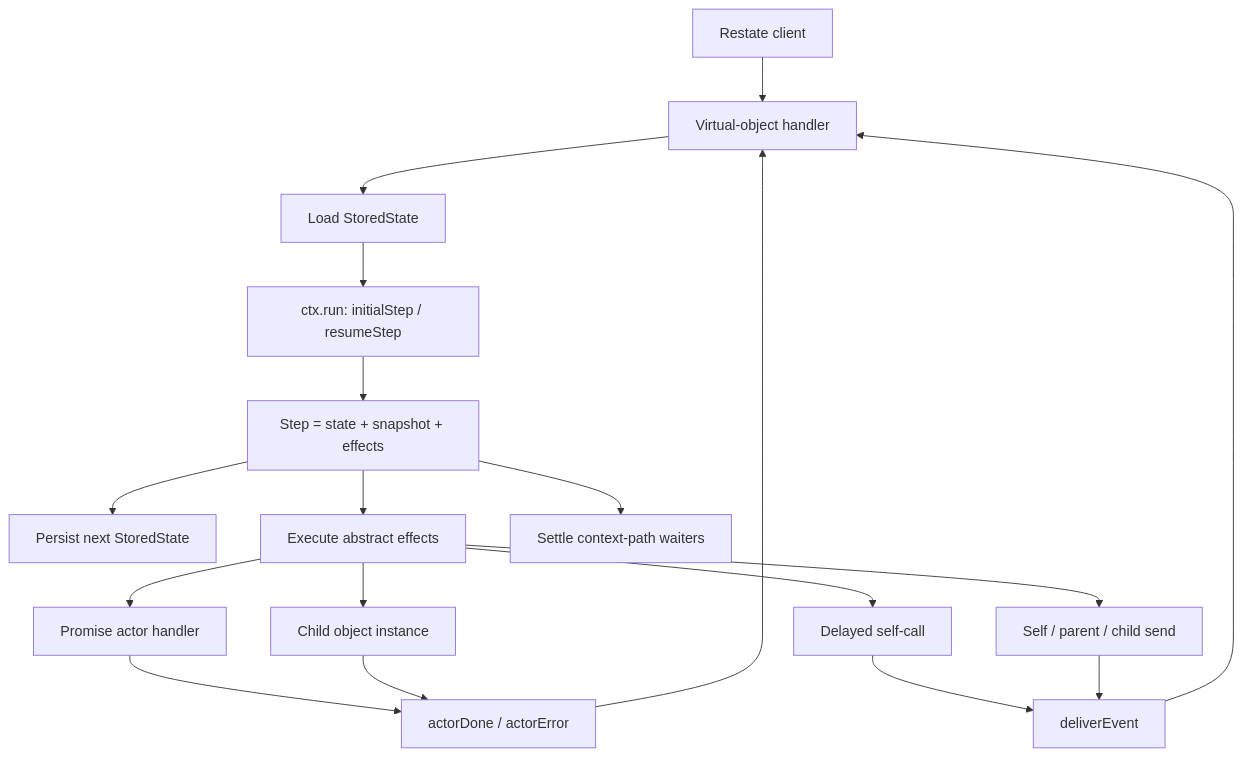
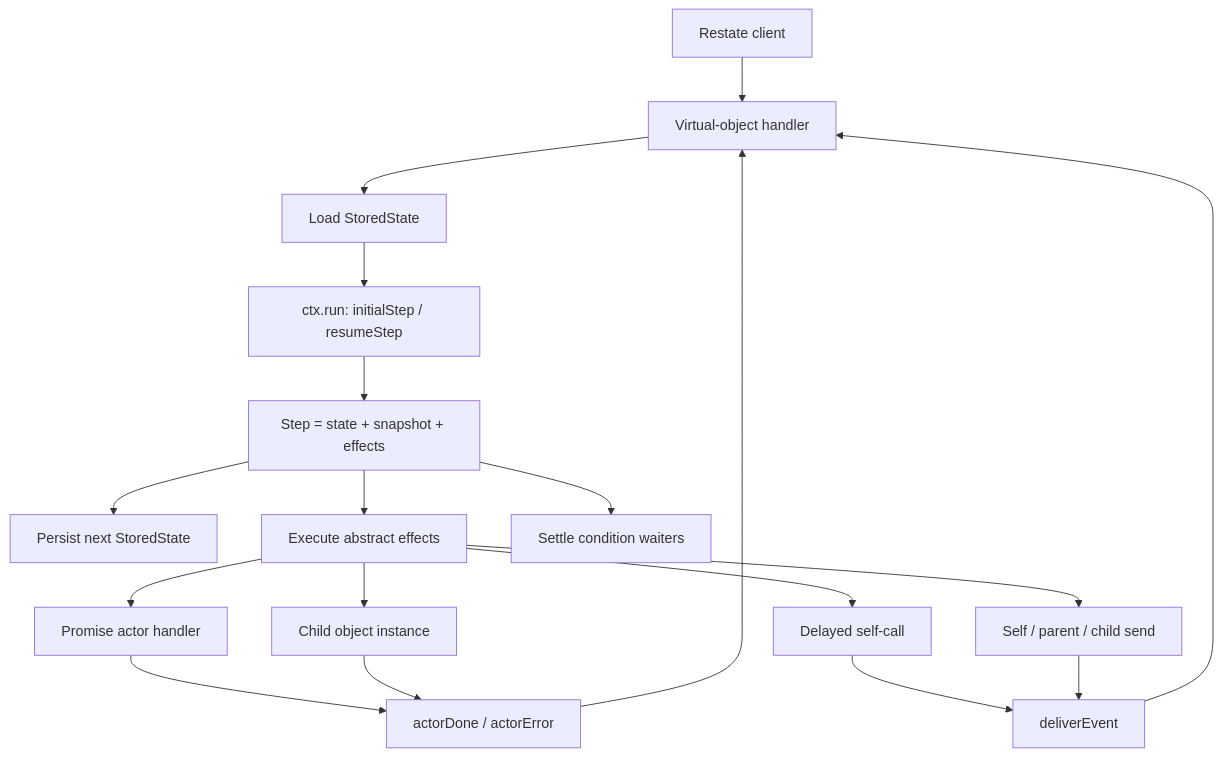
One commit to restatedev/xstate-transitions changed the first of 2 diagrams in packages/xstate-transitions/MANUAL.md. Above: the diagram before and after it, drawn with Mermaid. The commit also changed other lines of this file and 20 other files, not shown here.

````diff
--- a/packages/xstate-transitions/MANUAL.md
+++ b/packages/xstate-transitions/MANUAL.md
@@ -905,20 +910,20 @@
 ```mermaid
 flowchart TD
     Client["Restate client"] --> Handler["Virtual-object handler"]
     Handler --> Load["Load StoredState"]
     Load --> Compute["ctx.run: initialStep / resumeStep"]
     Compute --> Step["Step = state + snapshot + effects"]
     Step --> Persist["Persist next StoredState"]
     Step --> Effects["Execute abstract effects"]
     Effects --> Actor["Promise actor handler"]
     Effects --> Timer["Delayed self-call"]
     Effects --> Child["Child object instance"]
     Effects --> Message["Self / parent / child send"]
-    Step --> Waiters["Settle context-path waiters"]
+    Step --> Waiters["Settle condition waiters"]
     Actor --> ActorResult["actorDone / actorError"]
     Child --> ActorResult
     Timer --> DomainEvent["deliverEvent"]
     Message --> DomainEvent
     ActorResult --> Handler
     DomainEvent --> Handler
 ```
````
